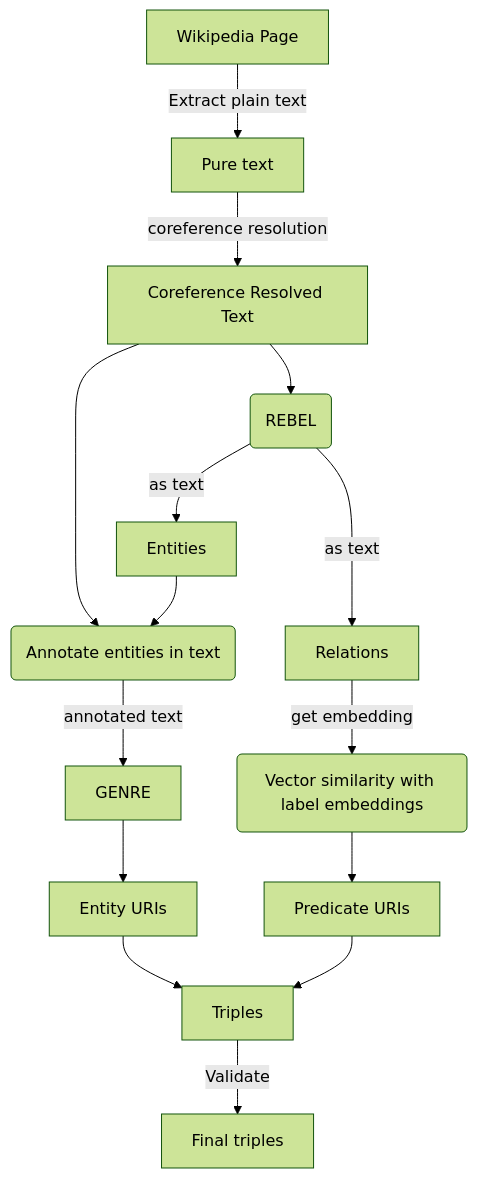
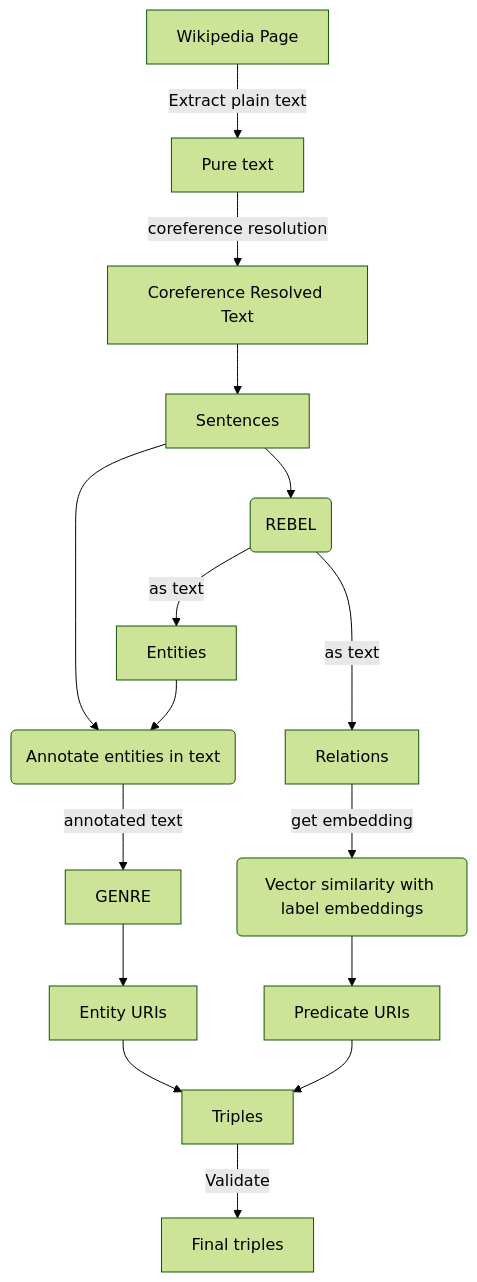
The diagram in GSoC23/Readme.md (dbpedia/neural-extraction-framework), drawn with Mermaid (forest theme) before and after one commit.

Commit message:
Add sentence splitting to pipeline

````diff
--- a/GSoC23/Readme.md
+++ b/GSoC23/Readme.md
@@ -40,24 +40,25 @@
 ```mermaid
 graph TD
     wiki_page[Wikipedia Page] --Extract plain text--> pure_text[Pure text]
 
     pure_text--coreference resolution-->coref_resolved_text[Coreference Resolved Text]
-    coref_resolved_text-->rebel(REBEL)
+    coref_resolved_text-->sentences[Sentences]
+    sentences-->rebel(REBEL)
     rebel--as text-->entities[Entities]
     rebel--as text-->relations[Relations]
     
     relations--get embedding-->vector_similarity(Vector similarity with label embeddings);
     vector_similarity-->predicate_uris[Predicate URIs]
 
-    coref_resolved_text-->annotation_for_genre(Annotate entities in text)
+    sentences-->annotation_for_genre(Annotate entities in text)
 
     entities-->annotation_for_genre
 
     annotation_for_genre--annotated text-->genre[GENRE]
 
     genre-->entity_uris[Entity URIs]
     
     entity_uris-->triples[Triples]
     predicate_uris-->triples[Triples]
     triples--Validate-->final_triples[Final triples]
 ```
````
